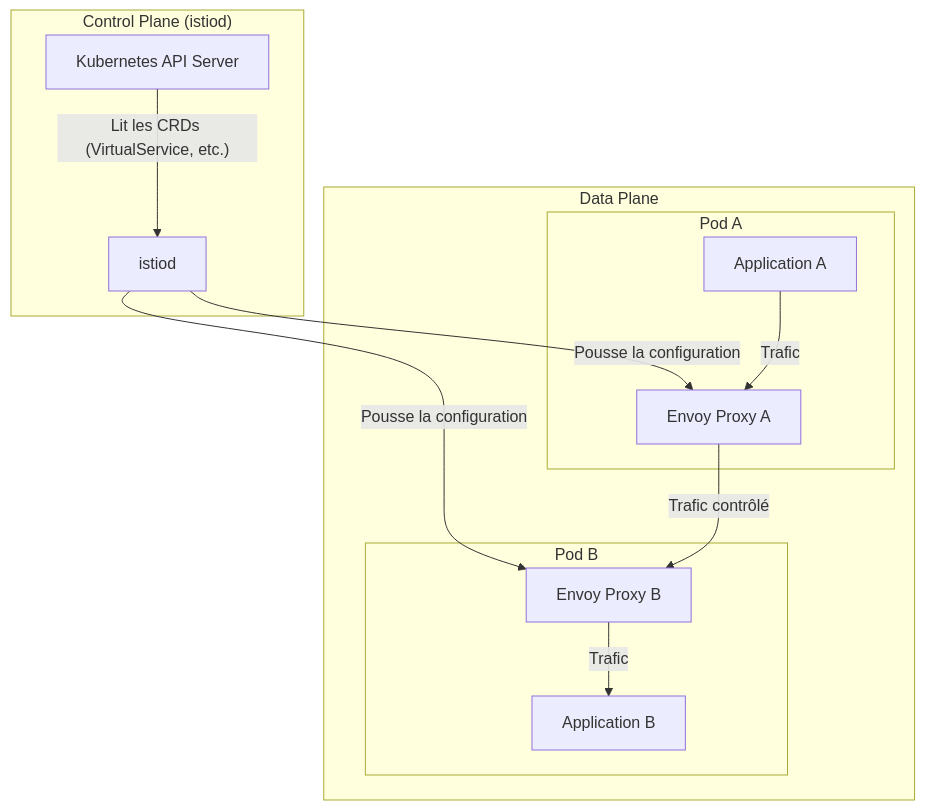
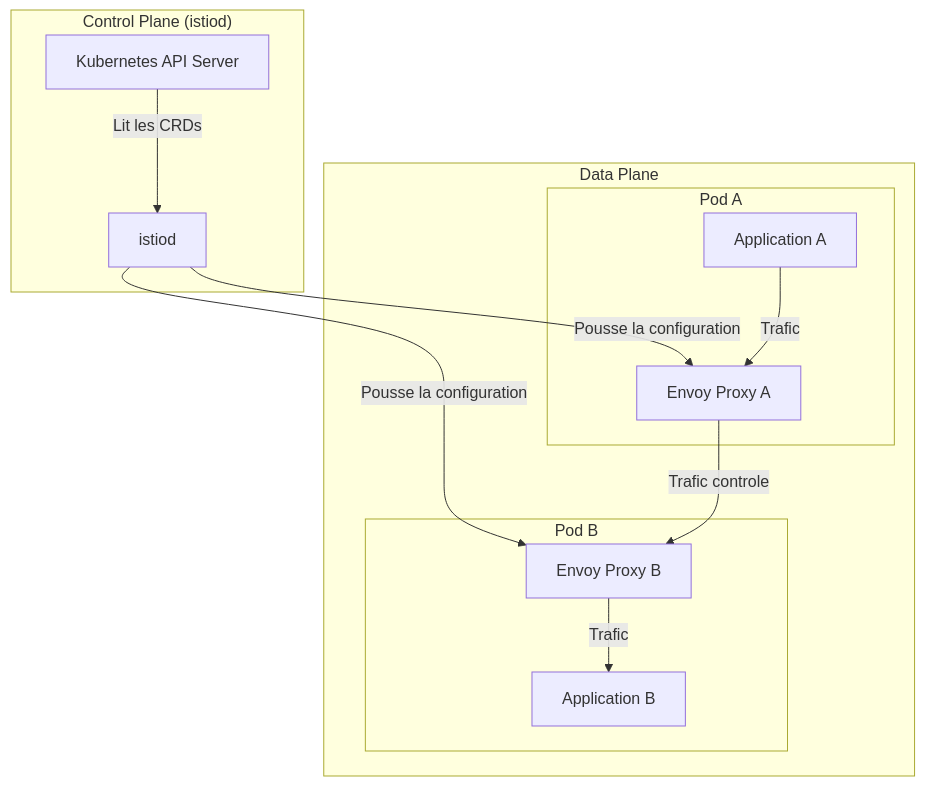
One commit to HarcheSamir/esisba-lirmm-ecommerce changed the fourth of 10 diagrams in sprint3.md. Above: the diagram before and after it, drawn with Mermaid. The commit also changed other lines of this file, not shown here.

````diff
--- a/sprint3.md
+++ b/sprint3.md
@@ -188,25 +193,25 @@
 ```mermaid
 graph TD
     subgraph "Control Plane (istiod)"
-        Istiod[istiod]
-        K8sAPI[Kubernetes API Server]
+        Istiod["istiod"]
+        K8sAPI["Kubernetes API Server"]
     end
     
     subgraph "Data Plane"
         subgraph "Pod A"
-            AppA[Application A]
-            ProxyA[Envoy Proxy A]
+            AppA["Application A"]
+            ProxyA["Envoy Proxy A"]
         end
         subgraph "Pod B"
-            AppB[Application B]
-            ProxyB[Envoy Proxy B]
+            AppB["Application B"]
+            ProxyB["Envoy Proxy B"]
         end
     end
 
-    K8sAPI -- "Lit les CRDs (VirtualService, etc.)" --> Istiod
+    K8sAPI -- "Lit les CRDs" --> Istiod
     Istiod -- "Pousse la configuration" --> ProxyA
     Istiod -- "Pousse la configuration" --> ProxyB
     AppA -- "Trafic" --> ProxyA
-    ProxyA -- "Trafic contrôlé" --> ProxyB
+    ProxyA -- "Trafic controle" --> ProxyB
     ProxyB -- "Trafic" --> AppB
 ```
````
